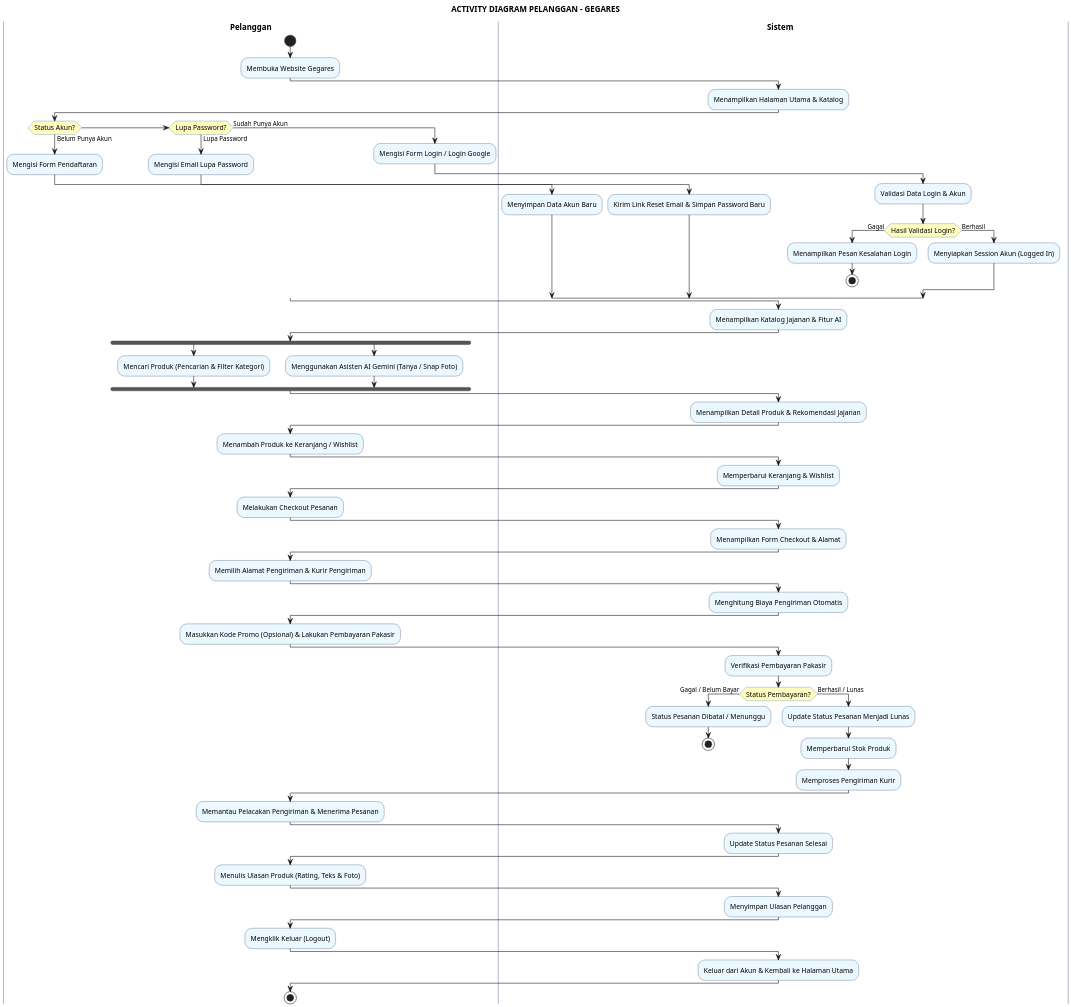
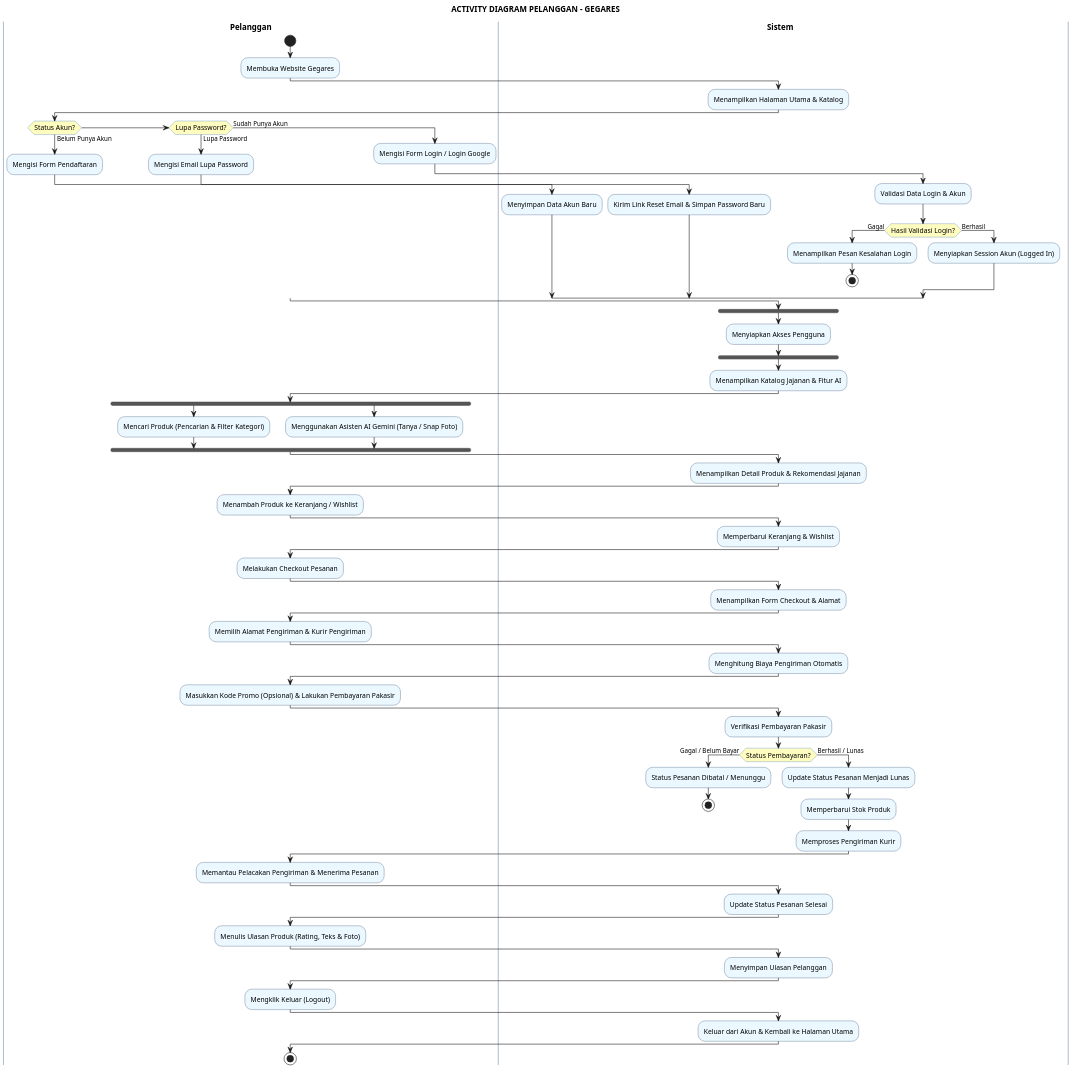
One commit to greedykid/gegares_toko changed the diagram in activity_diagram_pelanggan.puml. Above: the diagram before and after it, drawn with PlantUML. The commit also changed 7 other files, not shown here.

Commit message:
docs(diagram): use Join bar for authentication branches before catalog display

```diff
--- a/activity_diagram_pelanggan.puml
+++ b/activity_diagram_pelanggan.puml
@@ -1,112 +1,116 @@
 @startuml
 skinparam dpi 180
 skinparam defaultFontName "SansSerif"
 skinparam ActivityFontSize 12
 skinparam ActivityBorderColor #1A365D
 skinparam ActivityBackgroundColor #EBF8FF
 skinparam ActivityDiamondBorderColor #2B6CB0
 skinparam ActivityDiamondBackgroundColor #FEFCBF
 skinparam SwimlaneTitleFontSize 14
 skinparam SwimlaneTitleFontStyle bold
 skinparam SwimlaneBorderColor #A0AEC0
 skinparam SwimlaneWidth 280
 
 title **ACTIVITY DIAGRAM PELANGGAN - GEGARES**
 
 |Pelanggan|
 start
 :Membuka Website Gegares;
 
 |Sistem|
 :Menampilkan Halaman Utama & Katalog;
 
 |Pelanggan|
 if (Status Akun?) then (Belum Punya Akun)
   |Pelanggan|
   :Mengisi Form Pendaftaran;
   |Sistem|
   :Menyimpan Data Akun Baru;
 else if (Lupa Password?) then (Lupa Password)
   |Pelanggan|
   :Mengisi Email Lupa Password;
   |Sistem|
   :Kirim Link Reset Email & Simpan Password Baru;
 else (Sudah Punya Akun)
   |Pelanggan|
   :Mengisi Form Login / Login Google;
   |Sistem|
   :Validasi Data Login & Akun;
   if (Hasil Validasi Login?) then (Gagal)
     :Menampilkan Pesan Kesalahan Login;
     stop
   else (Berhasil)
     :Menyiapkan Session Akun (Logged In);
   endif
 endif
 
 |Sistem|
+fork
+  :Menyiapkan Akses Pengguna;
+end fork
+
 :Menampilkan Katalog Jajanan & Fitur AI;
 
 |Pelanggan|
 fork
   :Mencari Produk (Pencarian & Filter Kategori);
 fork again
   :Menggunakan Asisten AI Gemini (Tanya / Snap Foto);
 end fork
 
 |Sistem|
 :Menampilkan Detail Produk & Rekomendasi Jajanan;
 
 |Pelanggan|
 :Menambah Produk ke Keranjang / Wishlist;
 
 |Sistem|
 :Memperbarui Keranjang & Wishlist;
 
 |Pelanggan|
 :Melakukan Checkout Pesanan;
 
 |Sistem|
 :Menampilkan Form Checkout & Alamat;
 
 |Pelanggan|
 :Memilih Alamat Pengiriman & Kurir Pengiriman;
 
 |Sistem|
 :Menghitung Biaya Pengiriman Otomatis;
 
 |Pelanggan|
 :Masukkan Kode Promo (Opsional) & Lakukan Pembayaran Pakasir;
 
 |Sistem|
 :Verifikasi Pembayaran Pakasir;
 if (Status Pembayaran?) then (Gagal / Belum Bayar)
   :Status Pesanan Dibatal / Menunggu;
   stop
 else (Berhasil / Lunas)
   :Update Status Pesanan Menjadi Lunas;
   :Memperbarui Stok Produk;
   :Memproses Pengiriman Kurir;
 endif
 
 |Pelanggan|
 :Memantau Pelacakan Pengiriman & Menerima Pesanan;
 
 |Sistem|
 :Update Status Pesanan Selesai;
 
 |Pelanggan|
 :Menulis Ulasan Produk (Rating, Teks & Foto);
 
 |Sistem|
 :Menyimpan Ulasan Pelanggan;
 
 |Pelanggan|
 :Mengklik Keluar (Logout);
 
 |Sistem|
 :Keluar dari Akun & Kembali ke Halaman Utama;
 
 |Pelanggan|
 stop
 @enduml
```
